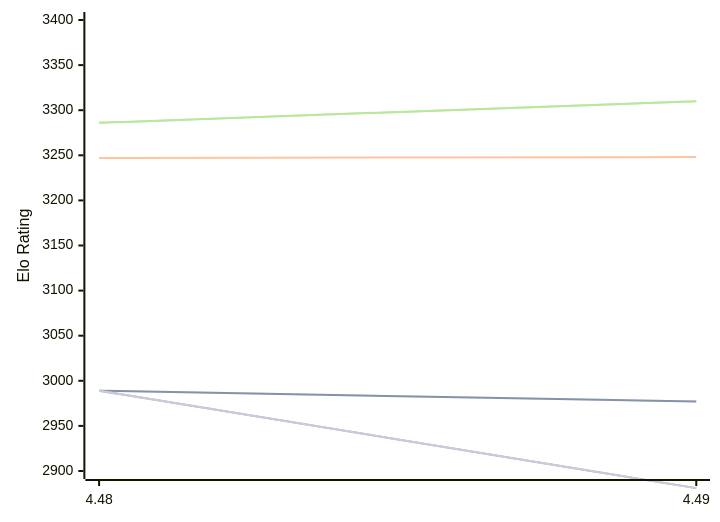
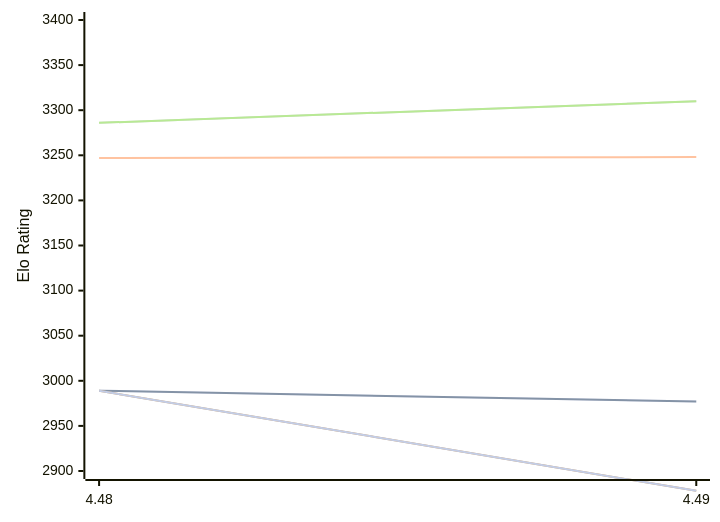
One commit to computer-chess-index/cci changed the diagram in engines/Cheng4.md. Above: the diagram before and after it, drawn with Mermaid. The commit also changed other lines of this file, not shown here.

````diff
--- a/engines/Cheng4.md
+++ b/engines/Cheng4.md
@@ -48,13 +48,13 @@
 ```mermaid
 %%{init: {"theme":"base","themeVariables":{"seriesColors:['#a3a3a3','#222221','#faa371']}}}%%
 xychart-beta
   x-axis ["4.48", "4.49"]
   y-axis "Elo Rating" 2900 --> 3400
   line "" [2989, 2977]
   line "T1: STC (8.0+0.08s)" [2989, 2977]
   line "T1: LTC (60.0+0.60s)" [3247, 3248]
   line "" [3286, 3310]
   line "T1: VLTC (2m24s+1.12s)" [3286, 3310]
-  line "" [2989,2881]
-  line "E1: STC (8.0+0.08s)" [2989,2881]
+  line "" [2989,2878]
+  line "E1: STC (8.0+0.08s)" [2989,2878]
 ```
````
